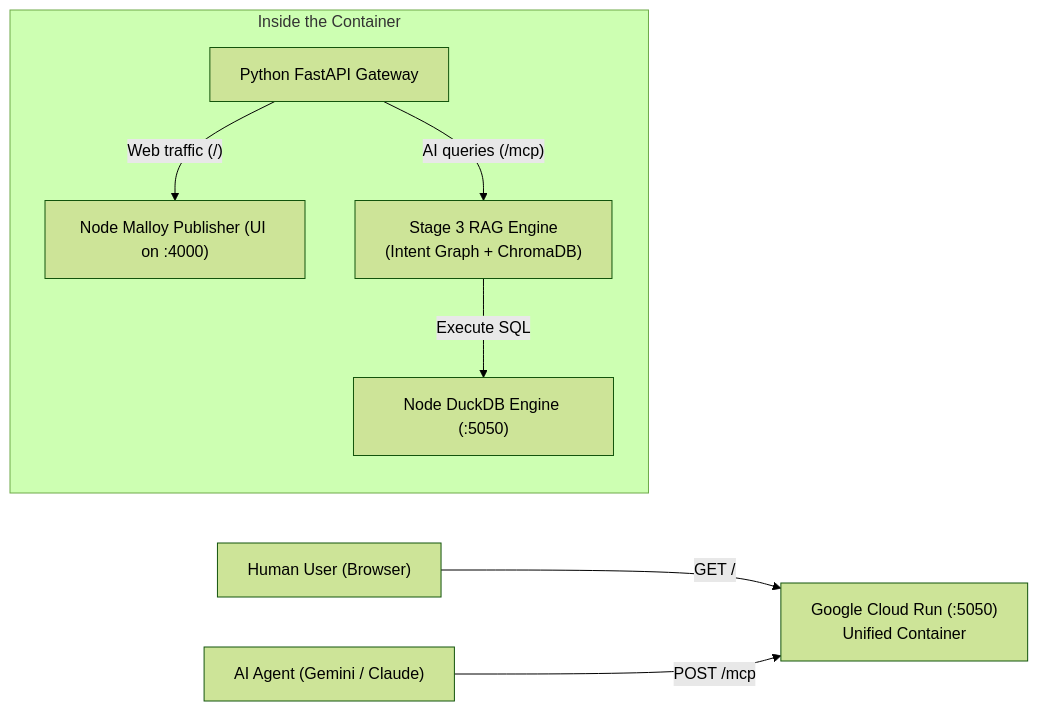
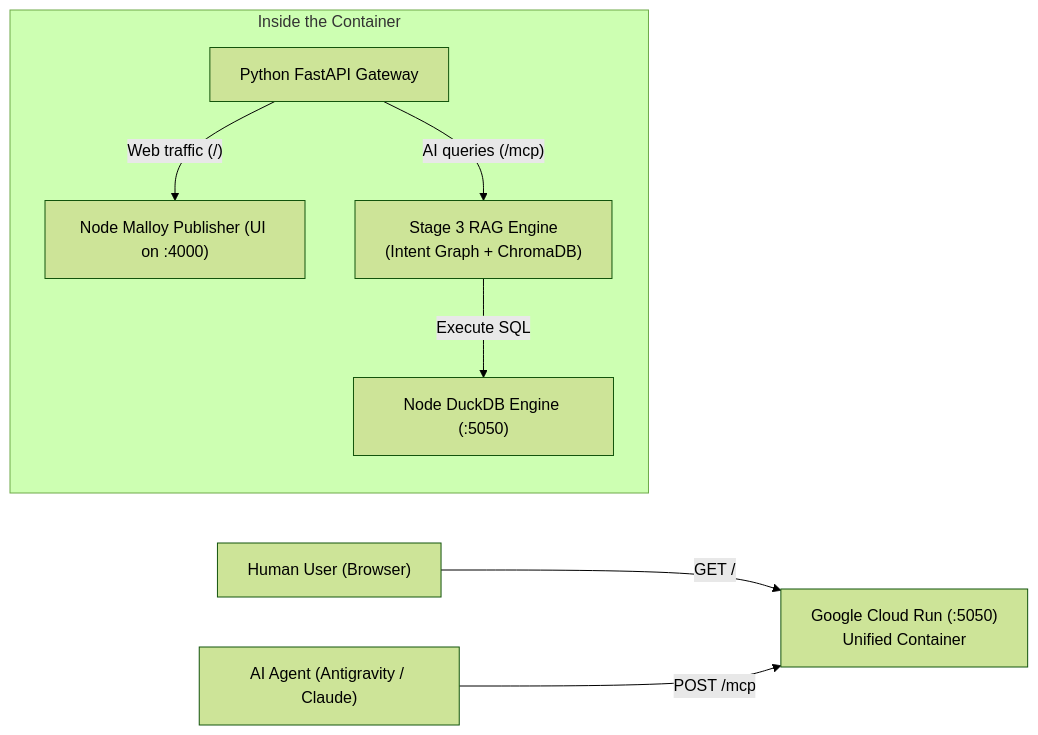
One commit to antipev/analytics-malloy-publisher-rag changed the first of 2 diagrams in README.md. Above: the diagram before and after it, drawn with Mermaid (forest theme). The commit also changed other lines of this file and 6 other files, not shown here.

Commit message:
feat(antigravity): migrate .gemini to .agents, standardize SKILL.md, and update documentation for Antigravity

````diff
--- a/README.md
+++ b/README.md
@@ -23,16 +23,16 @@
 ```mermaid
 flowchart LR
     User["Human User (Browser)"] -->|"GET /"| CloudRun["Google Cloud Run (:5050)<br>Unified Container"]
-    Agent["AI Agent (Gemini / Claude)"] -->|"POST /mcp"| CloudRun
+    Agent["AI Agent (Antigravity / Claude)"] -->|"POST /mcp"| CloudRun
     
     subgraph Container ["Inside the Container"]
         Gateway["Python FastAPI Gateway"]
         NodeUI["Node Malloy Publisher (UI on :4000)"]
         NodeEngine["Node DuckDB Engine (:5050)"]
         RAG["Stage 3 RAG Engine<br>(Intent Graph + ChromaDB)"]
         
         Gateway -->|"Web traffic (/)"| NodeUI
         Gateway -->|"AI queries (/mcp)"| RAG
         RAG -->|"Execute SQL"| NodeEngine
     end
 ```
````
